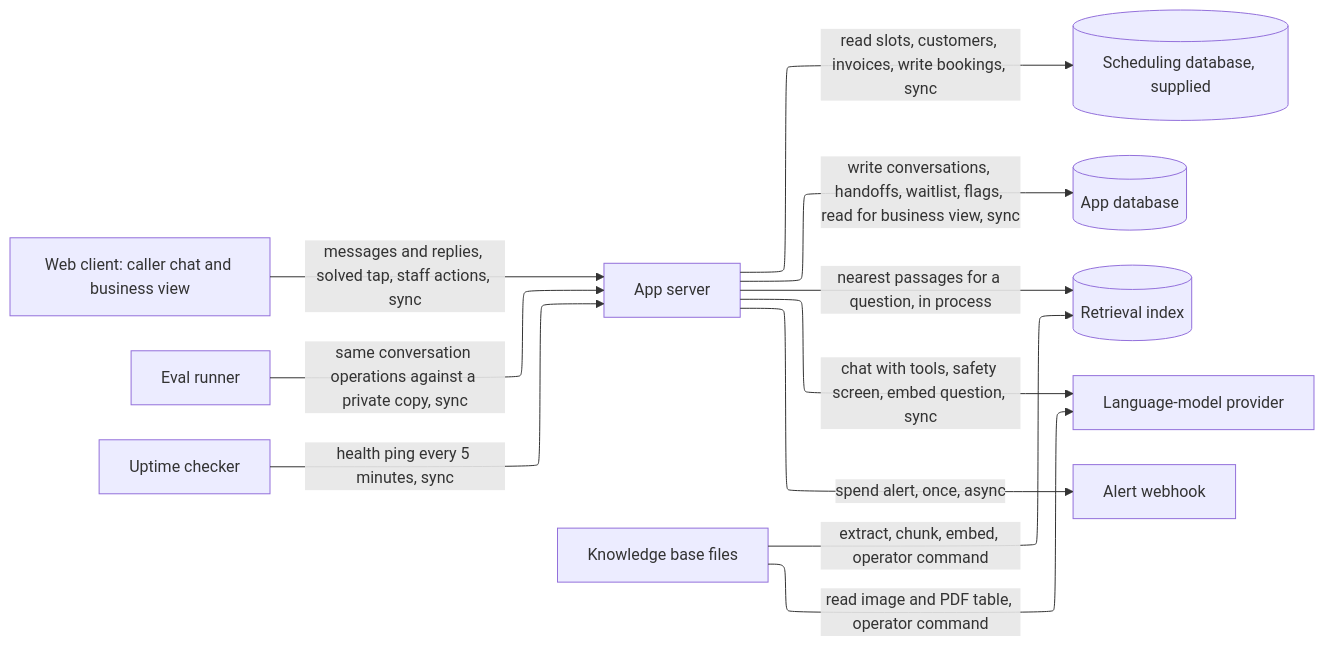
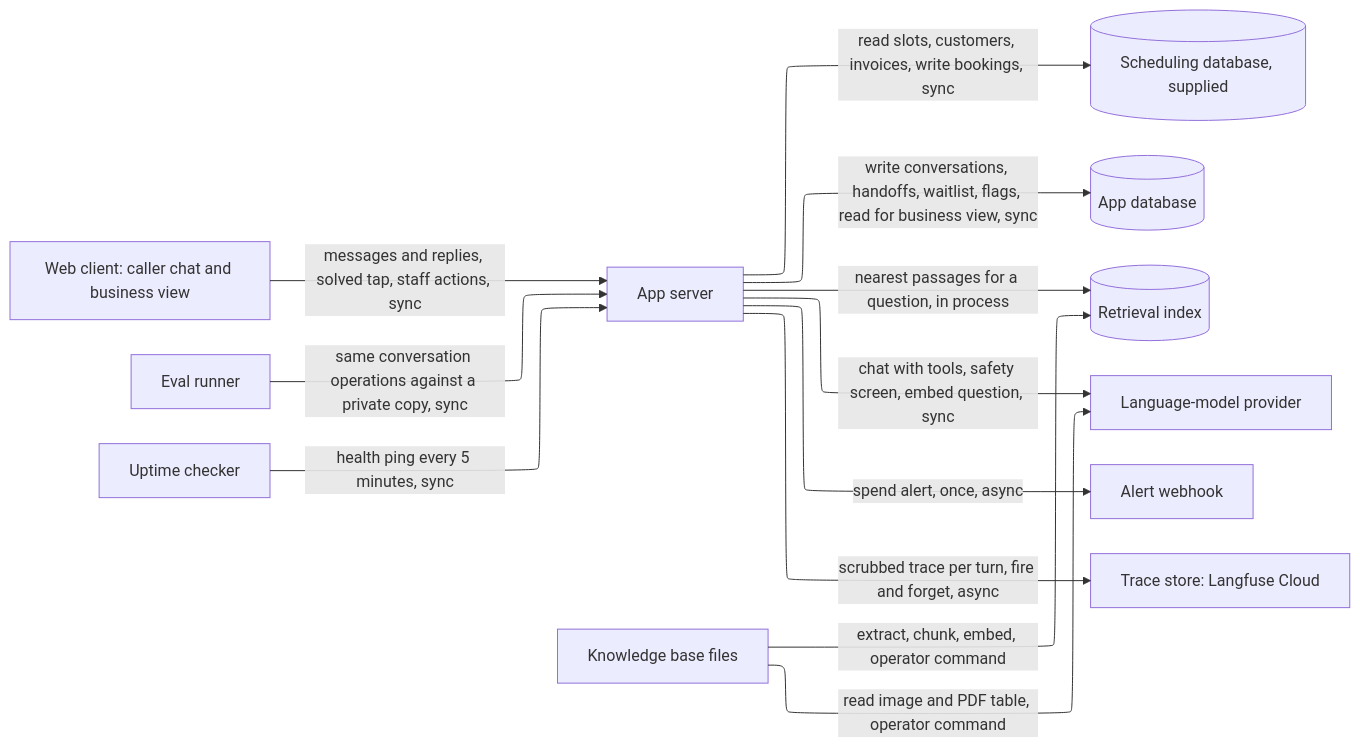
The first of 3 diagrams in docs/HIGH_LEVEL_DESIGN.md (ThinkBuildMake/aea-fde-challenge), drawn with Mermaid before and after one commit. The commit also changed other lines of this file and 5 other files, not shown here.

````diff
--- a/docs/HIGH_LEVEL_DESIGN.md
+++ b/docs/HIGH_LEVEL_DESIGN.md
@@ -13,17 +13,18 @@
 ```mermaid
 ---
 config:
   layout: elk
 ---
 flowchart LR
   client[Web client: caller chat and business view] -->|messages and replies, solved tap, staff actions, sync| app[App server]
   app -->|read slots, customers, invoices, write bookings, sync| sched[(Scheduling database, supplied)]
   app -->|write conversations, handoffs, waitlist, flags, read for business view, sync| appdb[(App database)]
   app -->|nearest passages for a question, in process| idx[(Retrieval index)]
   app -->|chat with tools, safety screen, embed question, sync| llm[Language-model provider]
   kb[Knowledge base files] -->|extract, chunk, embed, operator command| idx
   kb -->|read image and PDF table, operator command| llm
   evalr[Eval runner] -->|same conversation operations against a private copy, sync| app
   uptime[Uptime checker] -->|health ping every 5 minutes, sync| app
   app -->|spend alert, once, async| alert[Alert webhook]
+  app -->|scrubbed trace per turn, fire and forget, async| lf[Trace store: Langfuse Cloud]
 ```
````
